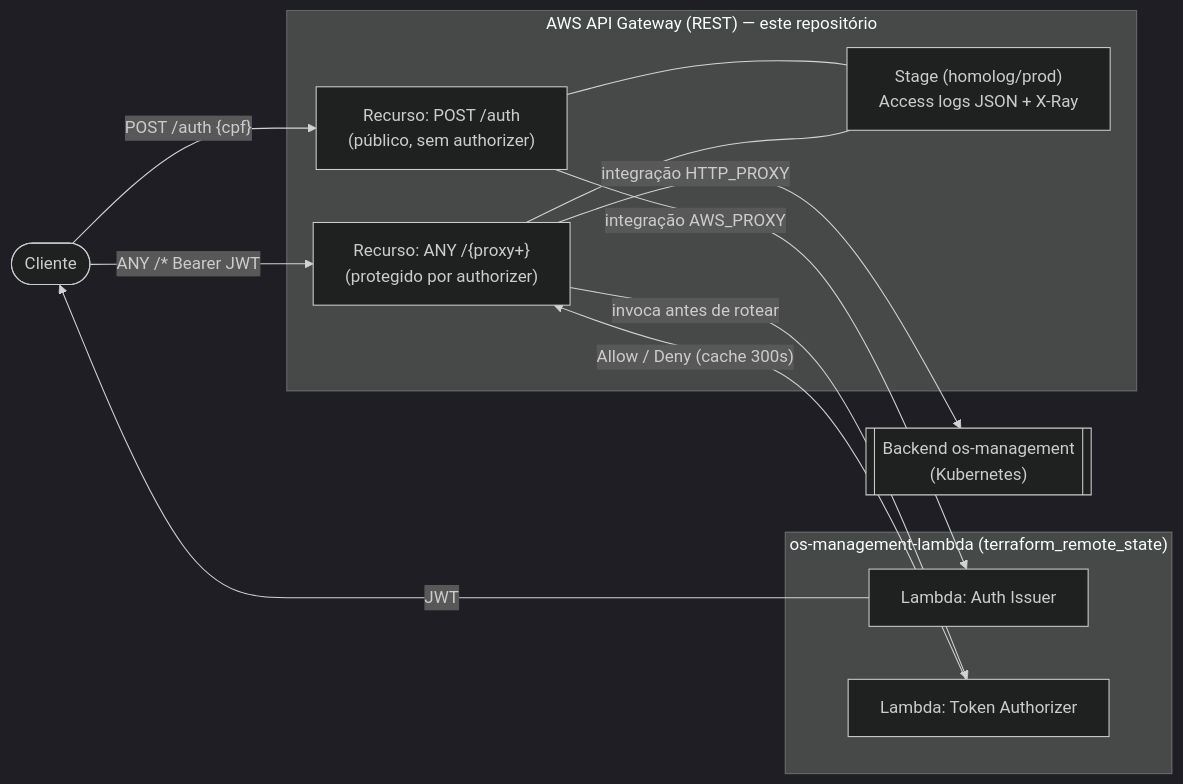
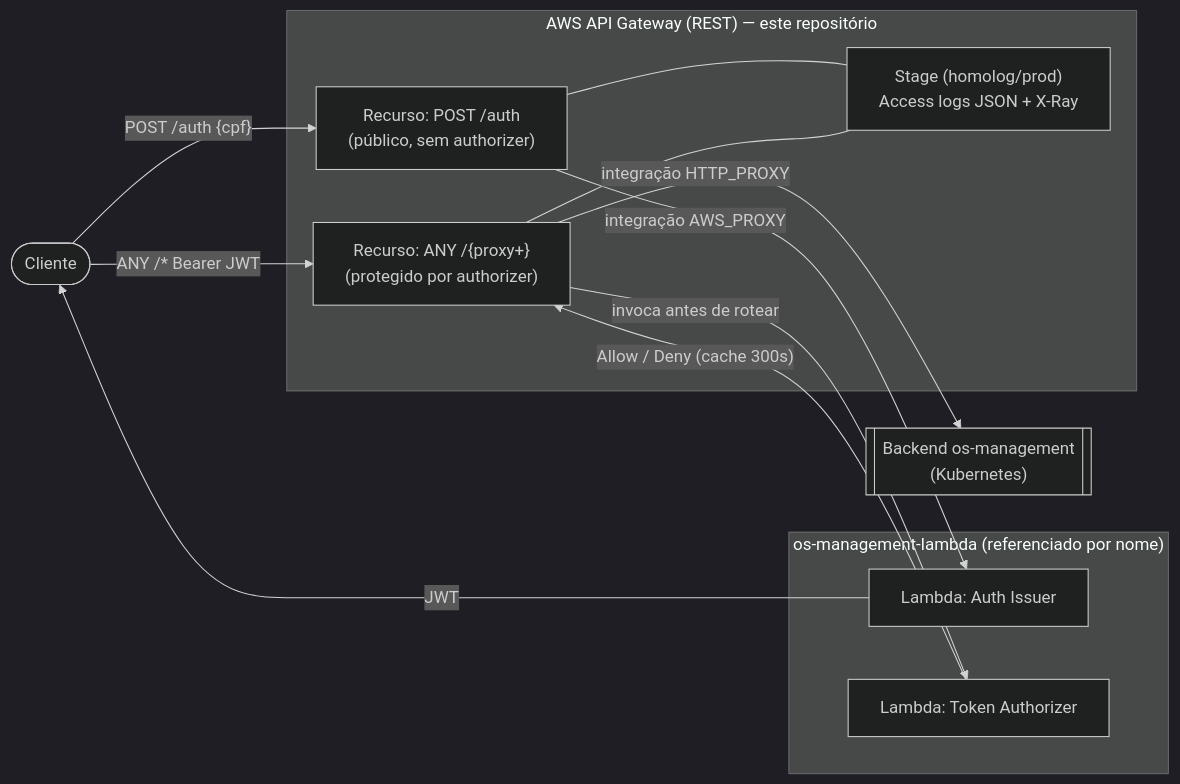
Before and after one commit to TechChallenge-Software-Architetute/os-management-gateway: the diagram in README.md, drawn with Mermaid (dark theme). The commit also changed other lines of this file and 4 other files, not shown here.

````diff
--- a/README.md
+++ b/README.md
@@ -18,29 +22,29 @@
 ```mermaid
 flowchart LR
     cliente([Cliente])
 
     subgraph GW["AWS API Gateway (REST) — este repositório"]
         auth_route["Recurso: POST /auth<br/>(público, sem authorizer)"]
         proxy_route["Recurso: ANY /{proxy+}<br/>(protegido por authorizer)"]
         stage["Stage (homolog/prod)<br/>Access logs JSON + X-Ray"]
     end
 
-    subgraph LAMBDA["os-management-lambda (terraform_remote_state)"]
+    subgraph LAMBDA["os-management-lambda (referenciado por nome)"]
         issuer["Lambda: Auth Issuer"]
         authz["Lambda: Token Authorizer"]
     end
 
     backend[["Backend os-management<br/>(Kubernetes)"]]
 
     cliente -- "POST /auth {cpf}" --> auth_route
     auth_route -- "integração AWS_PROXY" --> issuer
     issuer -- "JWT" --> cliente
 
     cliente -- "ANY /* Bearer JWT" --> proxy_route
     proxy_route -- "invoca antes de rotear" --> authz
     authz -- "Allow / Deny (cache 300s)" --> proxy_route
     proxy_route -- "integração HTTP_PROXY" --> backend
 
     auth_route --- stage
     proxy_route --- stage
 ```
````
